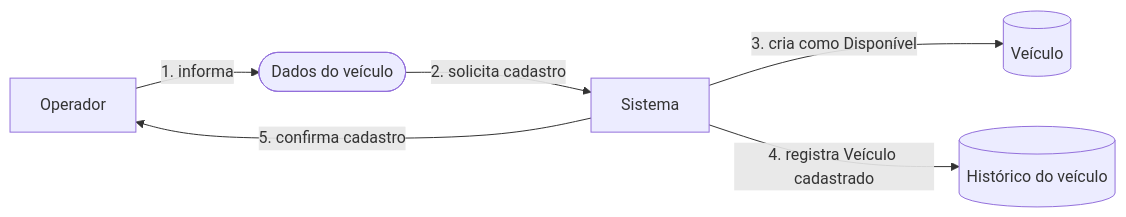
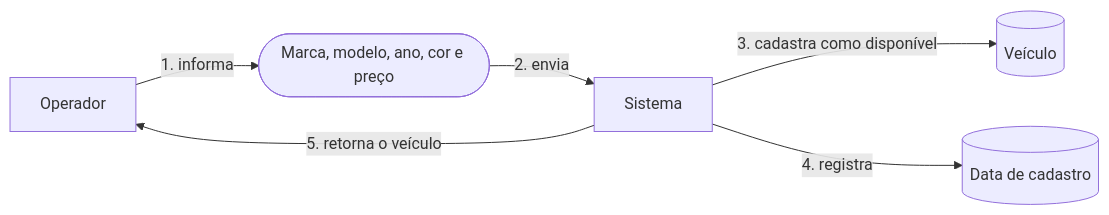
The first of 5 diagrams in docs/ddd/domain-storytelling.md (edionay/fiap-r), drawn with Mermaid before and after one commit. The commit also changed other lines of this file and 2 other files, not shown here.

````diff
--- a/docs/ddd/domain-storytelling.md
+++ b/docs/ddd/domain-storytelling.md
@@ -23,14 +16,14 @@
 ```mermaid
 flowchart LR
     O[Operador]
-    D([Dados do veículo])
+    D([Marca, modelo, ano, cor e preço])
     S[Sistema]
     V[(Veículo)]
-    H[(Histórico do veículo)]
+    H[(Data de cadastro)]
 
     O -->|1. informa| D
-    D -->|2. solicita cadastro| S
-    S -->|3. cria como Disponível| V
-    S -->|4. registra Veículo cadastrado| H
-    S -->|5. confirma cadastro| O
+    D -->|2. envia| S
+    S -->|3. cadastra como disponível| V
+    S -->|4. registra| H
+    S -->|5. retorna o veículo| O
 ```
````
